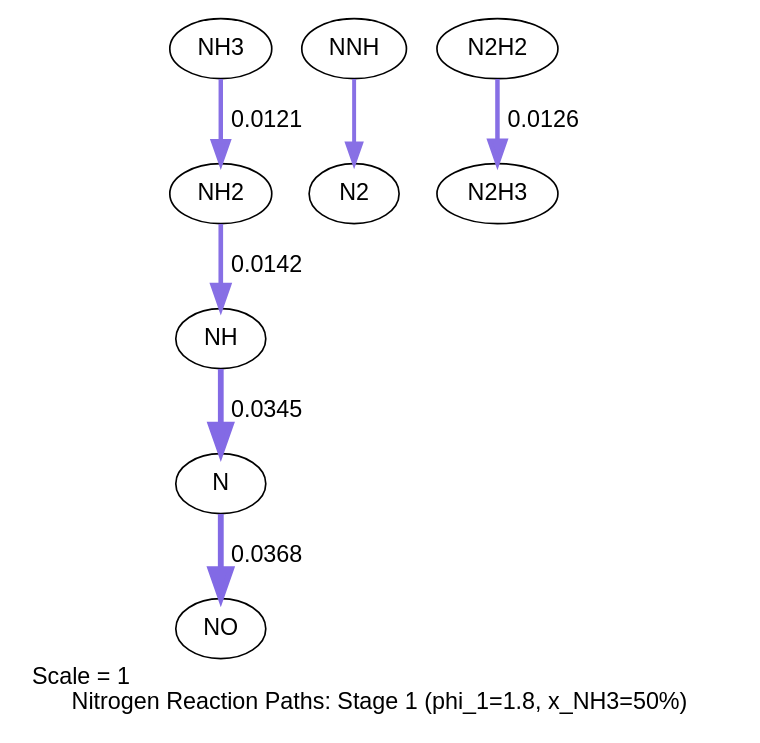
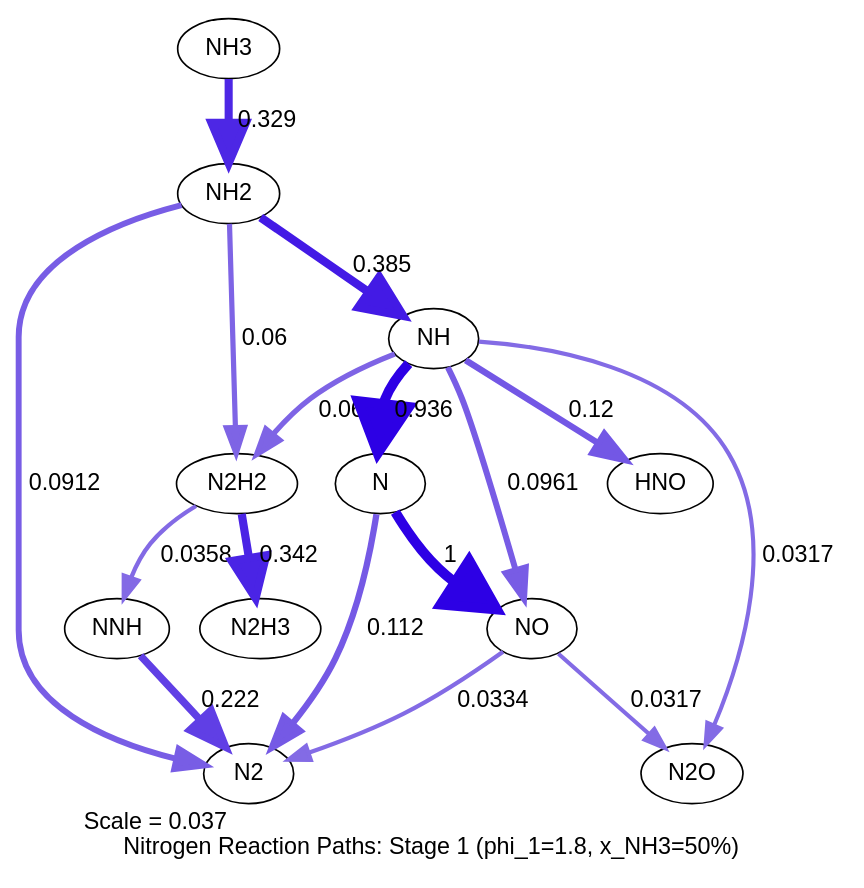
Before and after one commit to gargarnav0708/ammonia-hydrogen-staged-combustion: the diagram in results/plots/reaction_path_phi1_1p8_stage1.dot, drawn with Graphviz. The commit also changed 30 other files, not shown here.

Commit message:
Refine ROP pathway diagrams, add pressure interaction stats, and polish end-semester report per IITD BTP format

```diff
--- a/results/plots/reaction_path_phi1_1p8_stage1.dot
+++ b/results/plots/reaction_path_phi1_1p8_stage1.dot
@@ -1,26 +1,48 @@
 digraph reaction_paths {
 center=1;
-s13 -> s14[fontname="Helvetica", penwidth=2.67, arrowsize=1.33, color="0.7, 0.512, 0.9"
-, label=" 0.0121"];
-s14 -> s15[fontname="Helvetica", penwidth=2.79, arrowsize=1.39, color="0.7, 0.514, 0.9"
-, label=" 0.0142"];
-s15 -> s12[fontname="Helvetica", penwidth=3.46, arrowsize=1.73, color="0.7, 0.534, 0.9"
-, label=" 0.0345"];
-s12 -> s17[fontname="Helvetica", penwidth=3.51, arrowsize=1.75, color="0.7, 0.537, 0.9"
-, label=" 0.0368"];
-s16 -> s2[fontname="Helvetica", penwidth=2.37, arrowsize=1.19, color="0.7, 0.508, 0.9"
-];
-s29 -> s32[fontname="Helvetica", penwidth=2.7, arrowsize=1.35, color="0.7, 0.513, 0.9"
-, label=" 0.0126"];
+s13 -> s14[fontname="Helvetica", penwidth=4.86, arrowsize=2.43, color="0.7, 0.829, 0.9"
+, label=" 0.329"];
+s14 -> s15[fontname="Helvetica", penwidth=5.02, arrowsize=2.51, color="0.7, 0.885, 0.9"
+, label=" 0.385"];
+s14 -> s2[fontname="Helvetica", penwidth=3.55, arrowsize=1.78, color="0.7, 0.591, 0.9"
+, label=" 0.0912"];
+s14 -> s29[fontname="Helvetica", penwidth=3.12, arrowsize=1.56, color="0.7, 0.56, 0.9"
+, label=" 0.06"];
+s15 -> s19[fontname="Helvetica", penwidth=3.83, arrowsize=1.92, color="0.7, 0.62, 0.9"
+, label=" 0.12"];
+s15 -> s12[fontname="Helvetica", penwidth=5.93, arrowsize=2.97, color="0.7, 1.44, 0.9"
+, label=" 0.936"];
+s15 -> s17[fontname="Helvetica", penwidth=3.61, arrowsize=1.8, color="0.7, 0.596, 0.9"
+, label=" 0.0961"];
+s15 -> s18[fontname="Helvetica", penwidth=2.47, arrowsize=1.24, color="0.7, 0.532, 0.9"
+, label=" 0.0317"];
+s15 -> s29[fontname="Helvetica", penwidth=3.12, arrowsize=1.56, color="0.7, 0.56, 0.9"
+, label=" 0.06"];
+s12 -> s2[fontname="Helvetica", penwidth=3.76, arrowsize=1.88, color="0.7, 0.612, 0.9"
+, label=" 0.112"];
+s12 -> s17[fontname="Helvetica", penwidth=6, arrowsize=3, color="0.7, 1.5, 0.9"
+, label=" 1"];
+s17 -> s2[fontname="Helvetica", penwidth=2.53, arrowsize=1.26, color="0.7, 0.533, 0.9"
+, label=" 0.0334"];
+s16 -> s2[fontname="Helvetica", penwidth=4.46, arrowsize=2.23, color="0.7, 0.722, 0.9"
+, label=" 0.222"];
+s17 -> s18[fontname="Helvetica", penwidth=2.47, arrowsize=1.24, color="0.7, 0.532, 0.9"
+, label=" 0.0317"];
+s29 -> s16[fontname="Helvetica", penwidth=2.6, arrowsize=1.3, color="0.7, 0.536, 0.9"
+, label=" 0.0358"];
+s29 -> s32[fontname="Helvetica", penwidth=4.9, arrowsize=2.45, color="0.7, 0.842, 0.9"
+, label=" 0.342"];
 s2 [ fontname="Helvetica", label="N2"];
 s12 [ fontname="Helvetica", label="N"];
 s13 [ fontname="Helvetica", label="NH3"];
 s14 [ fontname="Helvetica", label="NH2"];
 s15 [ fontname="Helvetica", label="NH"];
 s16 [ fontname="Helvetica", label="NNH"];
 s17 [ fontname="Helvetica", label="NO"];
+s18 [ fontname="Helvetica", label="N2O"];
+s19 [ fontname="Helvetica", label="HNO"];
 s29 [ fontname="Helvetica", label="N2H2"];
 s32 [ fontname="Helvetica", label="N2H3"];
- label = "Scale = 1\l Nitrogen Reaction Paths: Stage 1 (phi_1=1.8, x_NH3=50%)";
+ label = "Scale = 0.037\l Nitrogen Reaction Paths: Stage 1 (phi_1=1.8, x_NH3=50%)";
  fontname = "Helvetica";
 }
```
